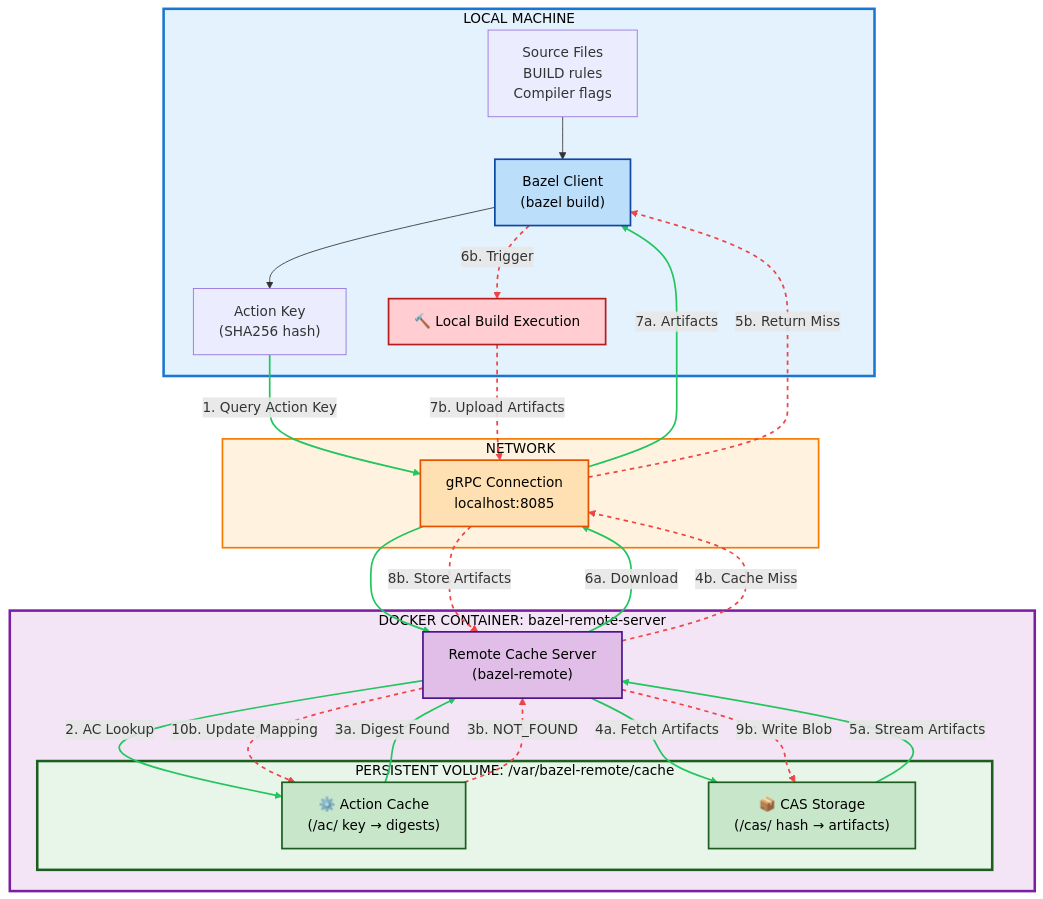
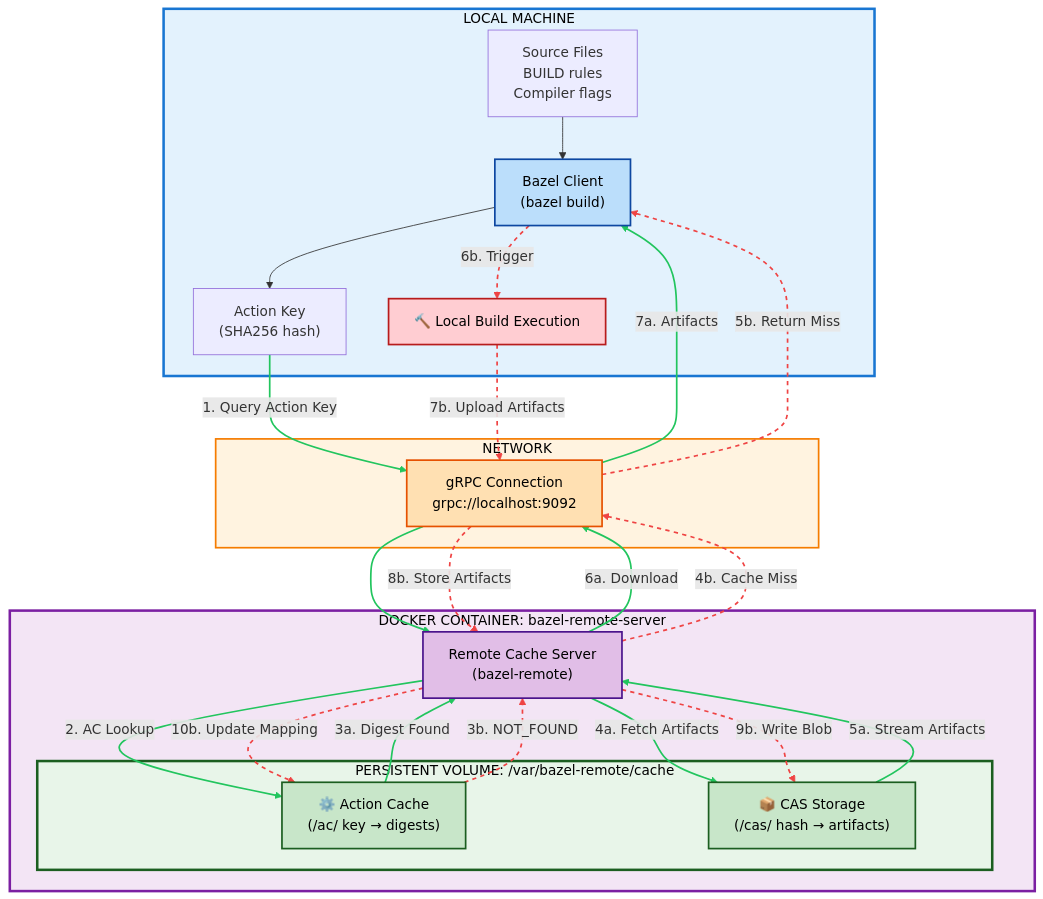
Before and after one commit to iakshayubale/bazel-infra-lab: the first of 2 diagrams in README.md, drawn with Mermaid. The commit also changed other lines of this file and 4 other files, not shown here.

````diff
--- a/README.md
+++ b/README.md
@@ -257,82 +257,82 @@
 ```mermaid
 %%{init: {'flowchart': {'htmlLabels': true}, 'theme': 'default', 'themeVariables': { 'subGraphTitleColor': '#000000' }}}%%
 graph TB
     subgraph LOCAL["<span style='color:#000;'>LOCAL MACHINE</span>"]
         SRC["Source Files<br/>BUILD rules<br/>Compiler flags"]
         BC["Bazel Client<br/>(bazel build)"]
         HASH["Action Key<br/>(SHA256 hash)"]
         LOCAL_BUILD["🔨 Local Build Execution"]
     end
     
     subgraph NETWORK["<span style='color:#000;'>NETWORK</span>"]
-        GRPC["gRPC Connection<br/>localhost:8085"]
+        GRPC["gRPC Connection<br/>grpc://localhost:9092"]
     end
     
     subgraph DOCKER["<span style='color:#000;'>DOCKER CONTAINER: bazel-remote-server</span>"]
         SERVER["Remote Cache Server<br/>(bazel-remote)"]
         
         subgraph VOL["<span style='color:#000;'>PERSISTENT VOLUME: /var/bazel-remote/cache</span>"]
             AC["⚙️ Action Cache<br/>(/ac/ key → digests)"]
             CAS["📦 CAS Storage<br/>(/cas/ hash → artifacts)"]
         end
     end
     
     %% Index 0
     SRC --> BC
     %% Index 1
     BC --> HASH
     
     %% Index 2: Step 1
     HASH -->|1. Query Action Key| GRPC
     %% Index 3: Step 1 cont.
     GRPC --> SERVER
     %% Index 4: Step 2
     SERVER -->|2. AC Lookup| AC
     
     %% HIT PATH (Green)
     %% Index 5: Step 3a
     AC -->|3a. Digest Found| SERVER
     %% Index 6: Step 4a
     SERVER -->|4a. Fetch Artifacts| CAS
     %% Index 7: Step 5a
     CAS -->|5a. Stream Artifacts| SERVER
     %% Index 8: Step 6a
     SERVER -->|6a. Download| GRPC
     %% Index 9: Step 7a
     GRPC -->|7a. Artifacts| BC
     
     %% MISS PATH (Red)
     %% Index 10: Step 3b
     AC -.->|3b. NOT_FOUND| SERVER
     %% Index 11: Step 4b
     SERVER -.->|4b. Cache Miss| GRPC
     %% Index 12: Step 5b
     GRPC -.->|5b. Return Miss| BC
     %% Index 13: Step 6b
     BC -.->|6b. Trigger| LOCAL_BUILD
     %% Index 14: Step 7b
     LOCAL_BUILD -.->|7b. Upload Artifacts| GRPC
     %% Index 15: Step 8b
     GRPC -.->|8b. Store Artifacts| SERVER
     %% Index 16: Step 9b
     SERVER -.->|9b. Write Blob| CAS
     %% Index 17: Step 10b
     SERVER -.->|10b. Update Mapping| AC
     
     style LOCAL fill:#e3f2fd,stroke:#1976d2,stroke-width:3px,color:#000
     style NETWORK fill:#fff3e0,stroke:#f57c00,stroke-width:2px,color:#000
     style DOCKER fill:#f3e5f5,stroke:#7b1fa2,stroke-width:3px,color:#000
     style VOL fill:#e8f5e9,stroke:#1b5e20,stroke-width:3px,color:#000
     style BC fill:#bbdefb,stroke:#0d47a1,stroke-width:2px,color:#000
     style LOCAL_BUILD fill:#ffcdd2,stroke:#b71c1c,stroke-width:2px,color:#000
     style GRPC fill:#ffe0b2,stroke:#e65100,stroke-width:2px,color:#000
     style SERVER fill:#e1bee7,stroke:#4a148c,stroke-width:2px,color:#000
     style AC fill:#c8e6c9,stroke:#1b5e20,stroke-width:2px,color:#000
     style CAS fill:#c8e6c9,stroke:#1b5e20,stroke-width:2px,color:#000
 
     %% Green Hit Path (Steps 1, 2, 3a, 4a, 5a, 6a, 7a = Indices 2, 3, 4, 5, 6, 7, 8, 9)
     linkStyle 2,3,4,5,6,7,8,9 stroke:#22c55e,stroke-width:2px;
 
     %% Red Miss Path (Steps 3b through 10b = Indices 10 through 17)
     linkStyle 10,11,12,13,14,15,16,17 stroke:#ef4444,stroke-width:2px,stroke-dasharray: 5 5;
 ```
````
